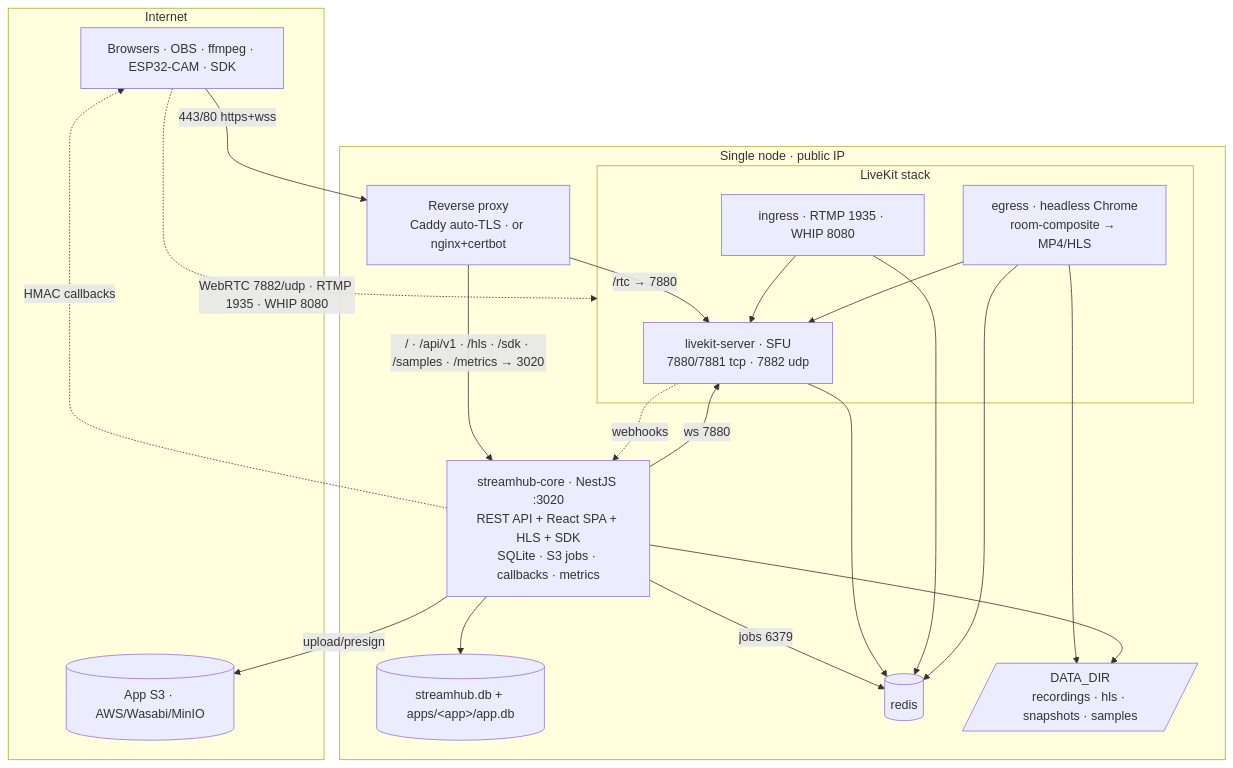
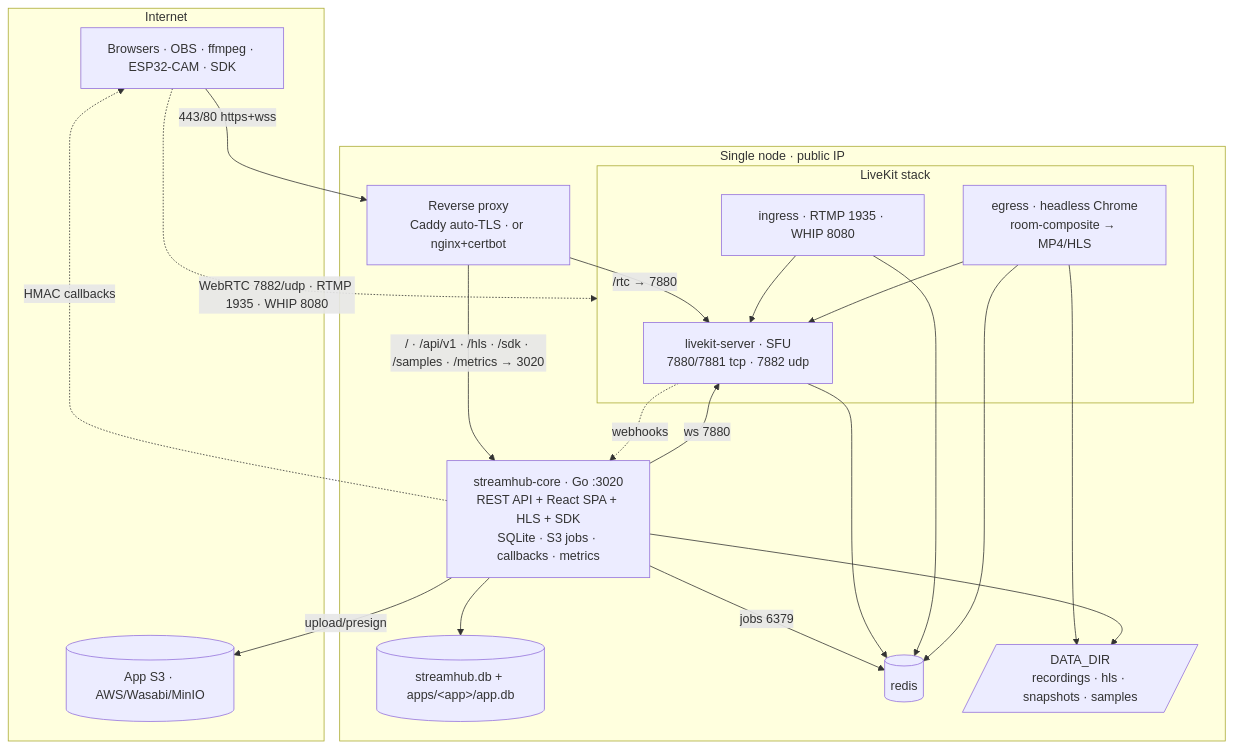
Before and after one commit to streamhubstudio/streamhub: the diagram in ARCHITECTURE.md, drawn with Mermaid. The commit also changed other lines of this file and 2153 other files, not shown here.

````diff
--- a/ARCHITECTURE.md
+++ b/ARCHITECTURE.md
@@ -18,31 +18,31 @@
 ```mermaid
 flowchart TB
   subgraph Internet
     U[Browsers · OBS · ffmpeg · ESP32-CAM · SDK]
     S3[(App S3 · AWS/Wasabi/MinIO)]
   end
   U -->|443/80 https+wss| PX
   U -.->|WebRTC 7882/udp · RTMP 1935 · WHIP 8080| MEDIA
   subgraph HOST [Single node · public IP]
     PX[Reverse proxy<br/>Caddy auto-TLS · or nginx+certbot]
     PX -->|/rtc → 7880| LK
     PX -->|/ · /api/v1 · /hls · /sdk · /samples · /metrics → 3020| CORE
-    CORE[streamhub-core · NestJS :3020<br/>REST API + React SPA + HLS + SDK<br/>SQLite · S3 jobs · callbacks · metrics]
+    CORE[streamhub-core · Go :3020<br/>REST API + React SPA + HLS + SDK<br/>SQLite · S3 jobs · callbacks · metrics]
     CORE -->|ws 7880| LK
     CORE --> DB[(streamhub.db + apps/&lt;app&gt;/app.db)]
     CORE -->|jobs 6379| RD[(redis)]
     CORE -->|upload/presign| S3
     subgraph MEDIA [LiveKit stack]
       LK[livekit-server · SFU<br/>7880/7881 tcp · 7882 udp]
       ING[ingress · RTMP 1935 · WHIP 8080] --> LK
       EG[egress · headless Chrome<br/>room-composite → MP4/HLS] --> LK
     end
     LK --> RD
     ING --> RD
     EG --> RD
     EG --> DATA[/DATA_DIR<br/>recordings · hls · snapshots · samples/]
     CORE --> DATA
   end
   CORE -.->|HMAC callbacks| U
   LK -.->|webhooks| CORE
 ```
````
